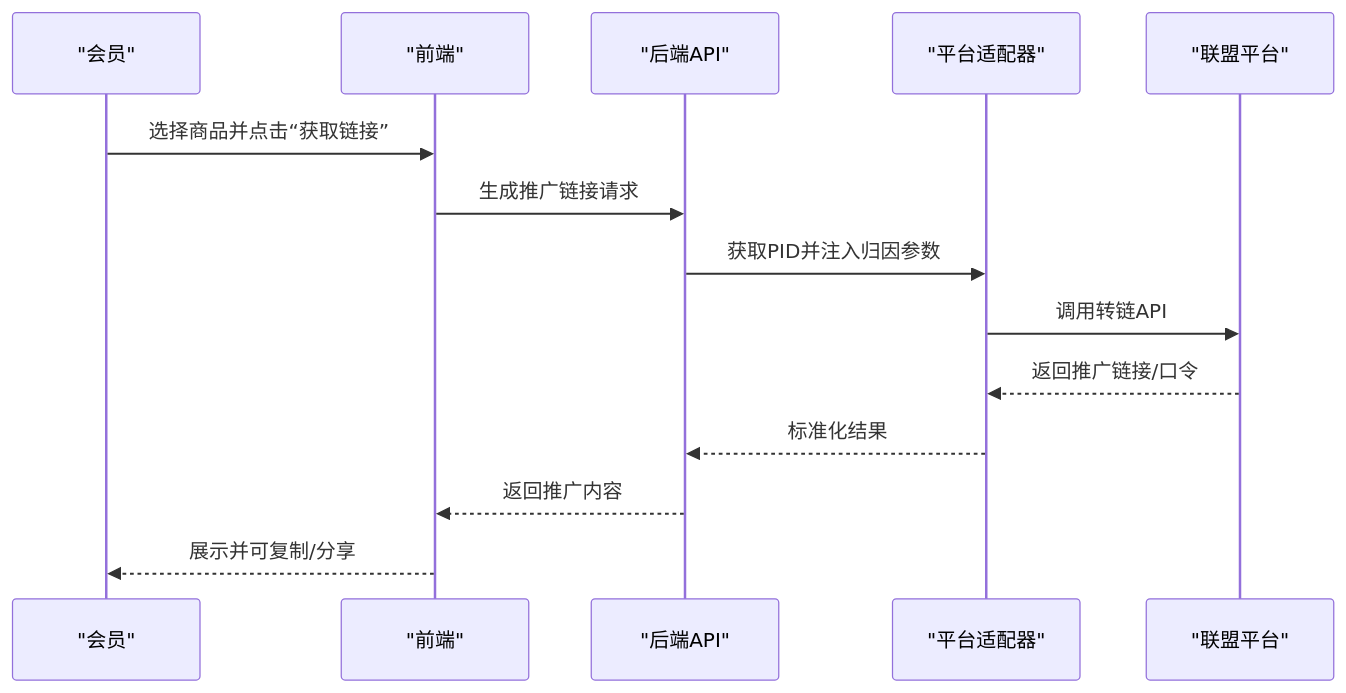
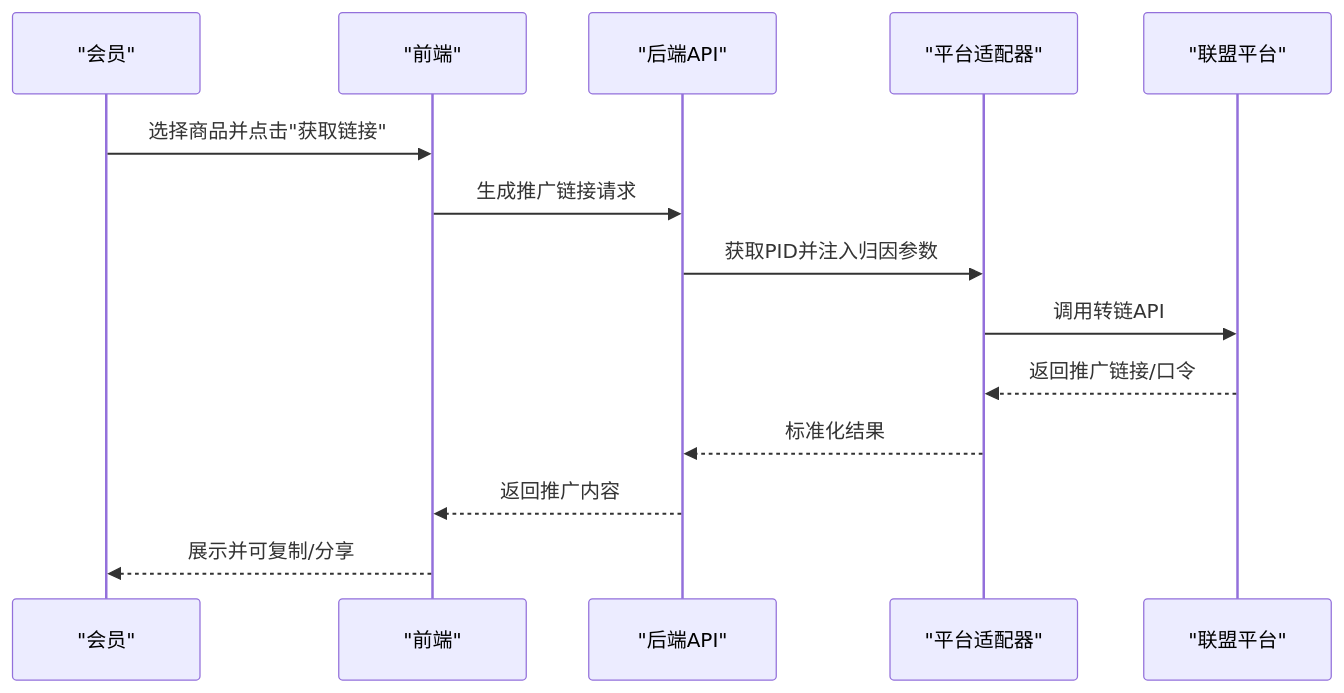
One commit to zhuangpengLI/AgenticCPS changed the fourth of 11 diagrams in .qoder/repowiki/zh/content/核心业务模块/CPS 联盟返利系统/CPS 联盟返利系统.md. Above: the diagram before and after it, drawn with Mermaid. The commit also changed other lines of this file and 10 other files, not shown here.

````diff
--- a/.qoder/repowiki/zh/content/核心业务模块/CPS 联盟返利系统/CPS 联盟返利系统.md
+++ b/.qoder/repowiki/zh/content/核心业务模块/CPS 联盟返利系统/CPS 联盟返利系统.md
@@ -156,16 +174,16 @@
 ```mermaid
 sequenceDiagram
 participant U as "会员"
 participant FE as "前端"
 participant API as "后端API"
 participant AD as "平台适配器"
 participant PL as "联盟平台"
-U->>FE : 选择商品并点击“获取链接”
+U->>FE : 选择商品并点击"获取链接"
 FE->>API : 生成推广链接请求
 API->>AD : 获取PID并注入归因参数
 AD->>PL : 调用转链API
 PL-->>AD : 返回推广链接/口令
 AD-->>API : 标准化结果
 API-->>FE : 返回推广内容
 FE-->>U : 展示并可复制/分享
 ```
````
